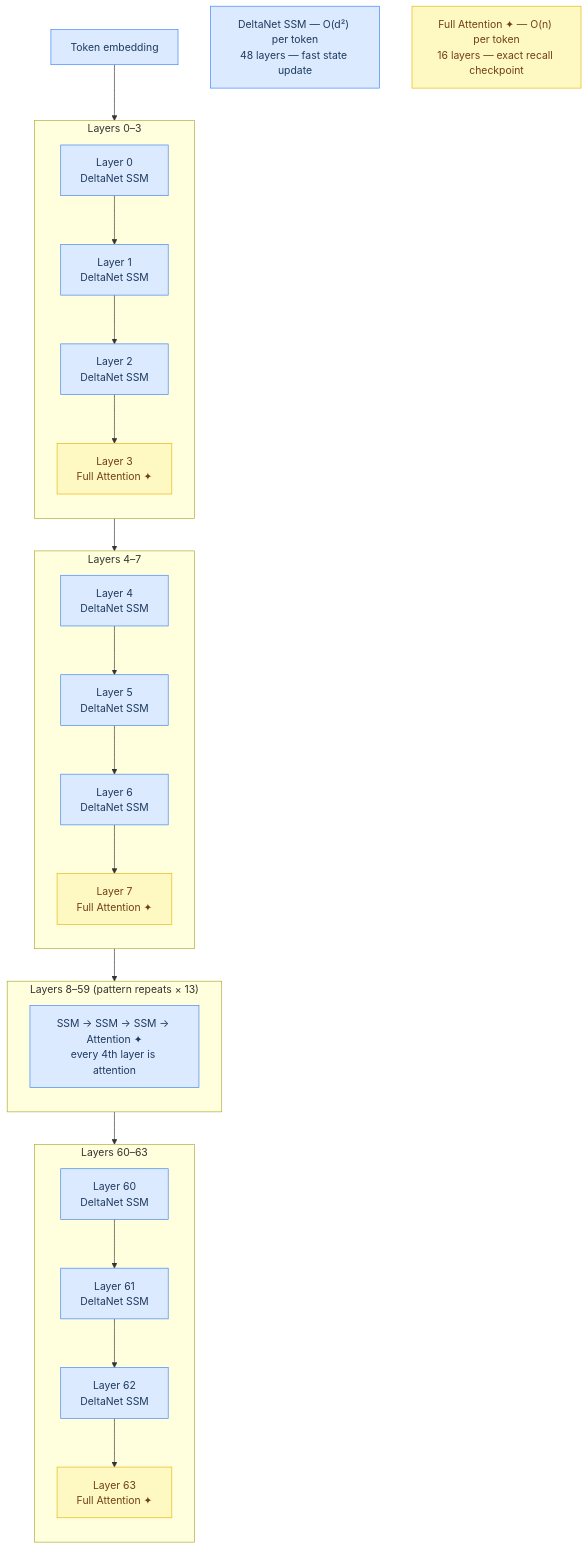
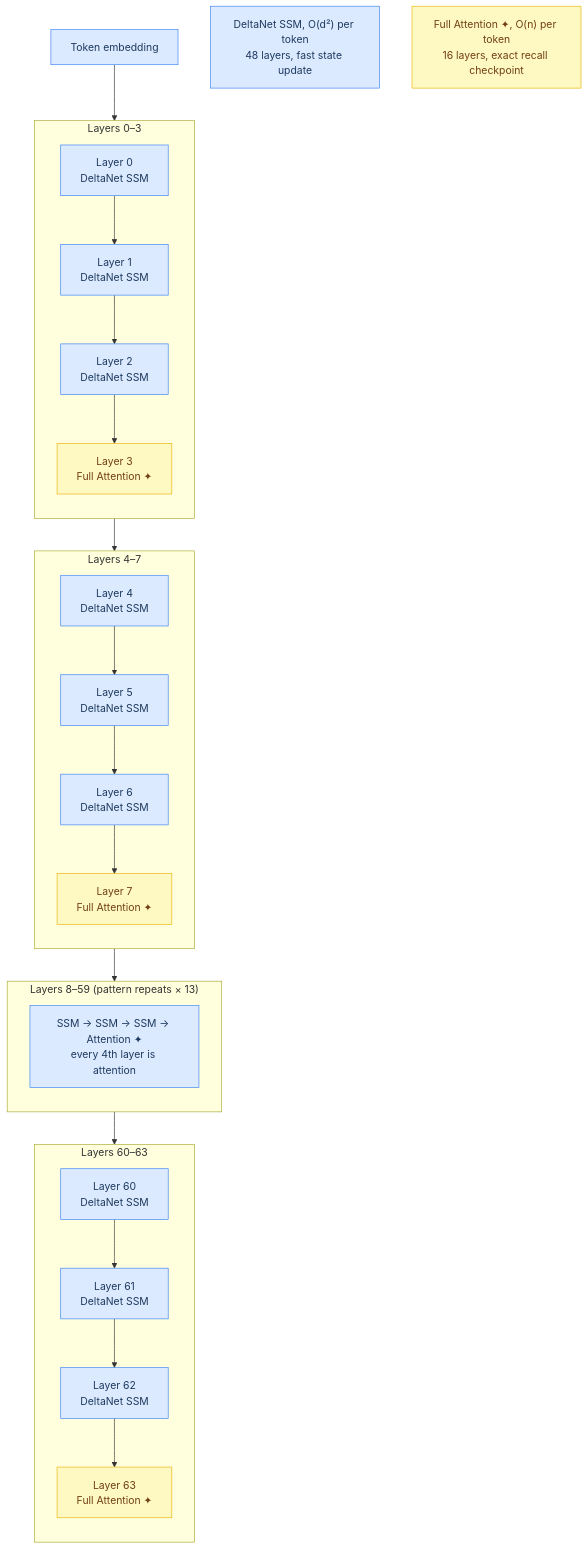
Before and after one commit to maci0/agave: the sixth of 6 diagrams in docs/tutorial/06-state-space-models.md, drawn with Mermaid. The commit also changed other lines of this file and 196 other files, not shown here.

````diff
--- a/docs/tutorial/06-state-space-models.md
+++ b/docs/tutorial/06-state-space-models.md
@@ -351,36 +351,36 @@
 ```mermaid
 flowchart TD
     classDef setup     fill:#dbeafe,stroke:#3b82f6,color:#1e3a5f
     classDef sync      fill:#dcfce7,stroke:#22c55e,color:#14532d
     classDef migration fill:#fef9c3,stroke:#eab308,color:#713f12
     classDef success   fill:#bbf7d0,stroke:#16a34a,color:#14532d
     classDef danger    fill:#fee2e2,stroke:#ef4444,color:#7f1d1d
     classDef optional  fill:#f3e8ff,stroke:#9333ea,color:#581c87
 
     Input["Token embedding"]:::setup
 
     subgraph Block0["Layers 0–3"]
         direction TB
         L0["Layer 0\nDeltaNet SSM"]:::setup --> L1["Layer 1\nDeltaNet SSM"]:::setup --> L2["Layer 2\nDeltaNet SSM"]:::setup --> L3["Layer 3\nFull Attention ✦"]:::migration
     end
 
     subgraph Block1["Layers 4–7"]
         direction TB
         L4["Layer 4\nDeltaNet SSM"]:::setup --> L5["Layer 5\nDeltaNet SSM"]:::setup --> L6["Layer 6\nDeltaNet SSM"]:::setup --> L7["Layer 7\nFull Attention ✦"]:::migration
     end
 
     subgraph BlockMid["Layers 8–59  (pattern repeats × 13)"]
         direction TB
         LM["SSM → SSM → SSM → Attention ✦\nevery 4th layer is attention"]:::setup
     end
 
     subgraph Block60["Layers 60–63"]
         direction TB
         L60["Layer 60\nDeltaNet SSM"]:::setup --> L61["Layer 61\nDeltaNet SSM"]:::setup --> L62["Layer 62\nDeltaNet SSM"]:::setup --> L63["Layer 63\nFull Attention ✦"]:::migration
     end
 
     Input --> Block0 --> Block1 --> BlockMid --> Block60
 
-    LegSSM["DeltaNet SSM — O(d²) per token\n48 layers — fast state update"]:::setup
-    LegATN["Full Attention ✦ — O(n) per token\n16 layers — exact recall checkpoint"]:::migration
+    LegSSM["DeltaNet SSM, O(d²) per token\n48 layers, fast state update"]:::setup
+    LegATN["Full Attention ✦, O(n) per token\n16 layers, exact recall checkpoint"]:::migration
 ```
````
